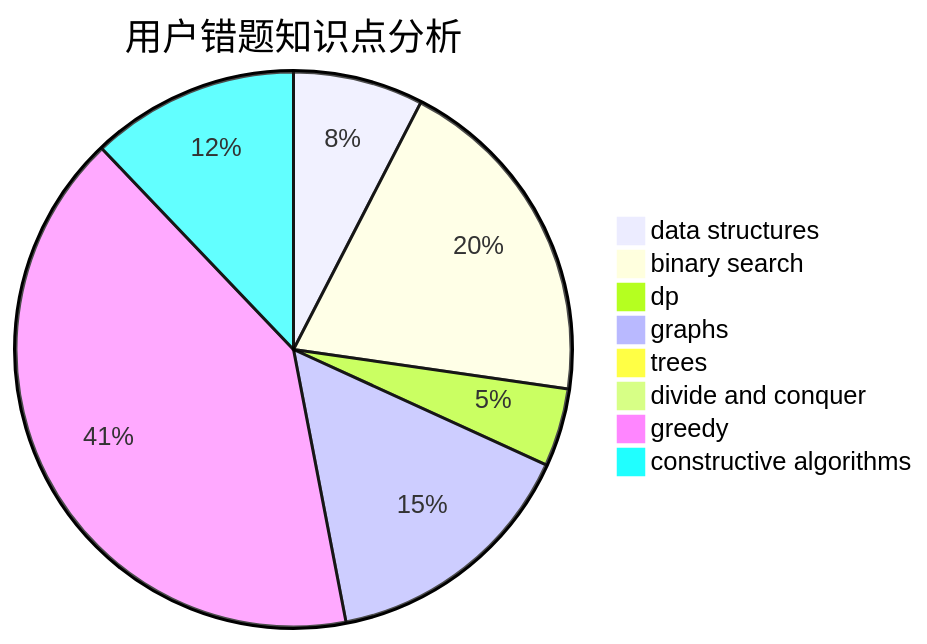
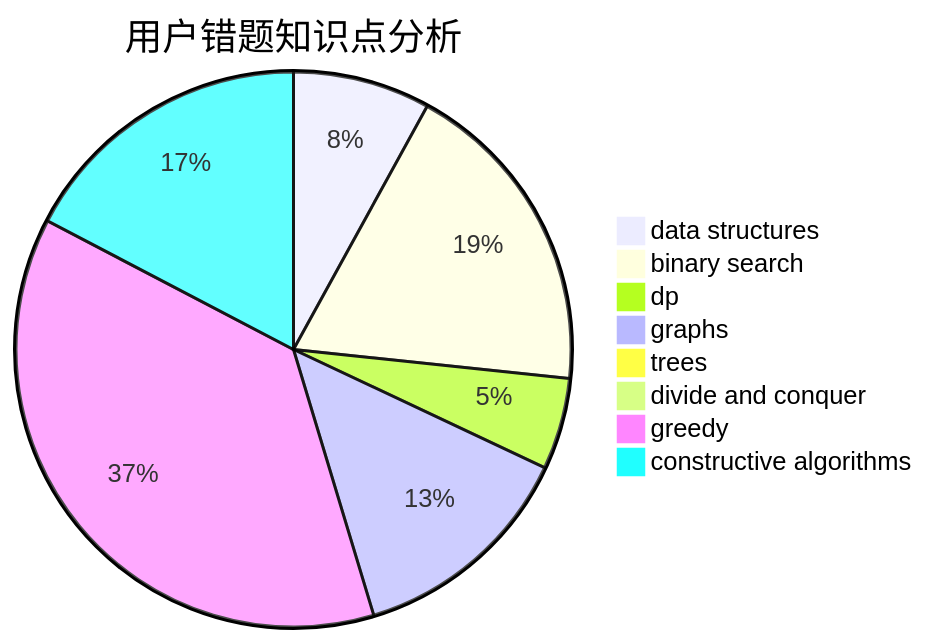
The third of 3 diagrams in docs/user/u2728.md (sherpahu/cfrs.github.io), drawn with Mermaid before and after one commit. The commit also changed other lines of this file and 2770 other files, not shown here.

````diff
--- a/docs/user/u2728.md
+++ b/docs/user/u2728.md
@@ -36,11 +36,11 @@
 ```mermaid
 pie title 用户错题知识点分析
-    "data structures" :  5
-    "binary search" :  13
-    "dp" :  3
+    "data structures" :  6
+    "binary search" :  14
+    "dp" :  4
     "graphs" :  10
     "trees" :  0
     "divide and conquer" :  0
-    "greedy" :  27
-    "constructive algorithms" :  8
+    "greedy" :  28
+    "constructive algorithms" :  13
 ```
````
